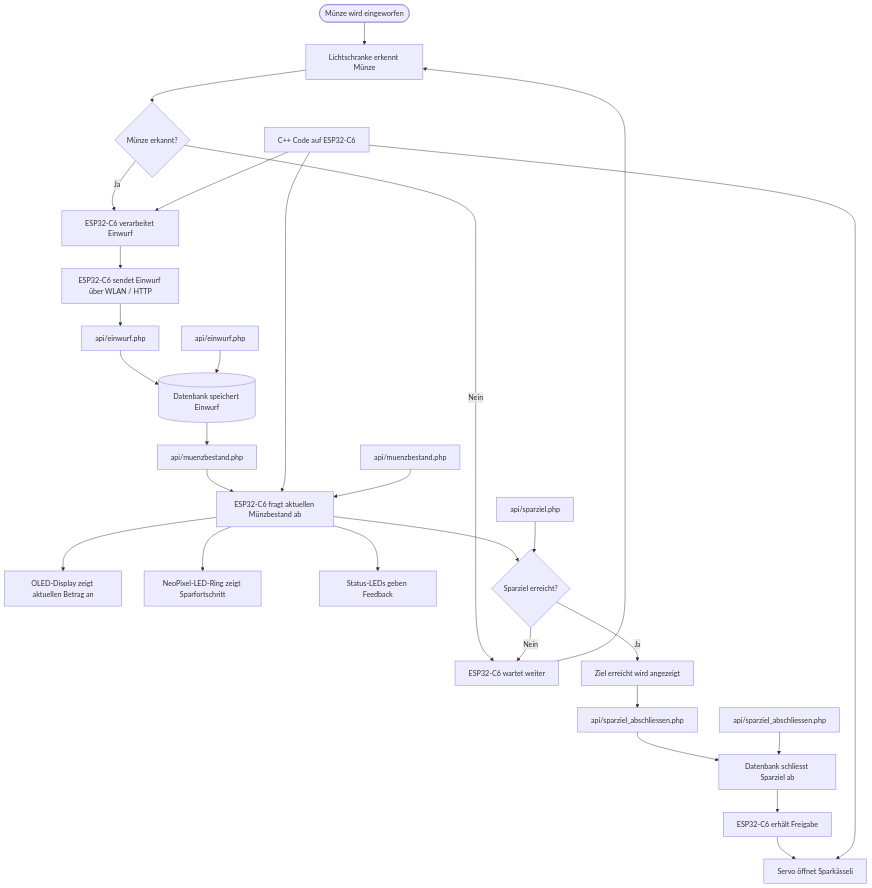
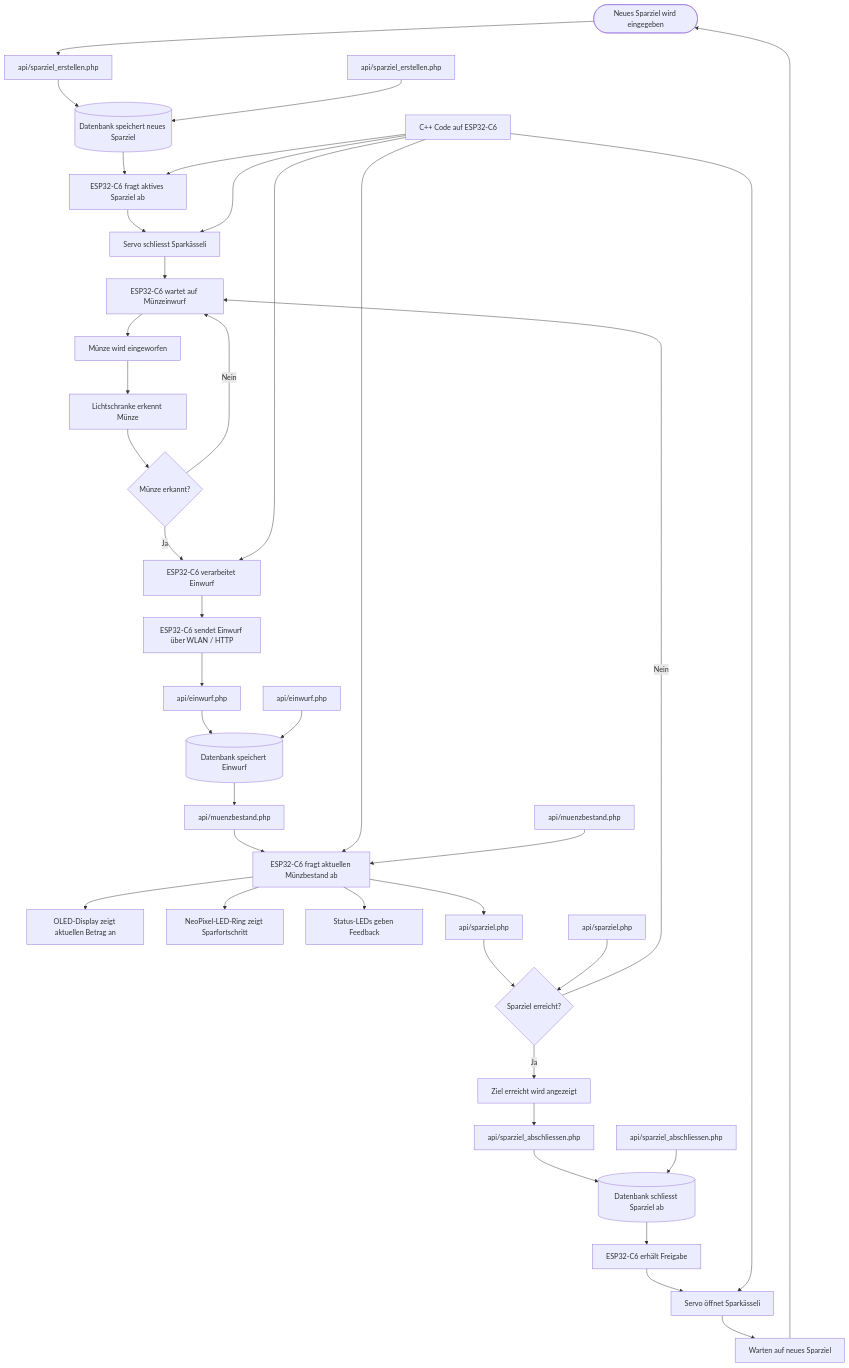
One commit to markomilovanoviccc/IM4_VARM changed the diagram in README.md. Above: the diagram before and after it, drawn with Mermaid.

````diff
--- a/README.md
+++ b/README.md
@@ -84,40 +84,53 @@
 ```mermaid
 flowchart TD
-    A([Münze wird eingeworfen]) --> B[Lichtschranke erkennt Münze]
-    B --> C{Münze erkannt?}
+    A([Neues Sparziel wird eingegeben]) --> B[api/sparziel_erstellen.php]
+    B --> C[(Datenbank speichert neues Sparziel)]
+    C --> D[ESP32-C6 fragt aktives Sparziel ab]
+    D --> E[Servo schliesst Sparkässeli]
+    E --> F[ESP32-C6 wartet auf Münzeinwurf]
 
-    C -->|Nein| D[ESP32-C6 wartet weiter]
-    D --> B
+    F --> G[Münze wird eingeworfen]
+    G --> H[Lichtschranke erkennt Münze]
+    H --> I{Münze erkannt?}
 
-    C -->|Ja| E[ESP32-C6 verarbeitet Einwurf]
+    I -->|Nein| F
 
-    E --> F[ESP32-C6 sendet Einwurf über WLAN / HTTP]
-    F --> G[api/einwurf.php]
-    G --> H[(Datenbank speichert Einwurf)]
+    I -->|Ja| J[ESP32-C6 verarbeitet Einwurf]
 
-    H --> I[api/muenzbestand.php]
-    I --> J[ESP32-C6 fragt aktuellen Münzbestand ab]
-    J --> K[OLED-Display zeigt aktuellen Betrag an]
+    J --> K[ESP32-C6 sendet Einwurf über WLAN / HTTP]
+    K --> L[api/einwurf.php]
+    L --> M[(Datenbank speichert Einwurf)]
 
-    J --> L[NeoPixel-LED-Ring zeigt Sparfortschritt]
-    J --> M[Status-LEDs geben Feedback]
+    M --> N[api/muenzbestand.php]
+    N --> O[ESP32-C6 fragt aktuellen Münzbestand ab]
+    O --> P[OLED-Display zeigt aktuellen Betrag an]
 
-    J --> N{Sparziel erreicht?}
+    O --> Q[NeoPixel-LED-Ring zeigt Sparfortschritt]
+    O --> R[Status-LEDs geben Feedback]
 
-    N -->|Nein| D
+    O --> S[api/sparziel.php]
+    S --> T{Sparziel erreicht?}
 
-    N -->|Ja| O[Ziel erreicht wird angezeigt]
-    O --> P[api/sparziel_abschliessen.php]
-    P --> Q[Datenbank schliesst Sparziel ab]
-    Q --> R[ESP32-C6 erhält Freigabe]
-    R --> S[Servo öffnet Sparkässeli]
+    T -->|Nein| F
 
-    T[C++ Code auf ESP32-C6] --> E
-    T --> J
-    T --> S
+    T -->|Ja| U[Ziel erreicht wird angezeigt]
+    U --> V[api/sparziel_abschliessen.php]
+    V --> W[(Datenbank schliesst Sparziel ab)]
+    W --> X[ESP32-C6 erhält Freigabe]
+    X --> Y[Servo öffnet Sparkässeli]
 
-    U[api/einwurf.php] --> H
-    V[api/muenzbestand.php] --> J
-    W[api/sparziel.php] --> N
-    X[api/sparziel_abschliessen.php] --> Q
+    Y --> Z[Warten auf neues Sparziel]
+    Z --> A
+
+    AA[C++ Code auf ESP32-C6] --> D
+    AA --> E
+    AA --> J
+    AA --> O
+    AA --> Y
+
+    AB[api/sparziel_erstellen.php] --> C
+    AC[api/einwurf.php] --> M
+    AD[api/muenzbestand.php] --> O
+    AE[api/sparziel.php] --> T
+    AF[api/sparziel_abschliessen.php] --> W
 ```
````
